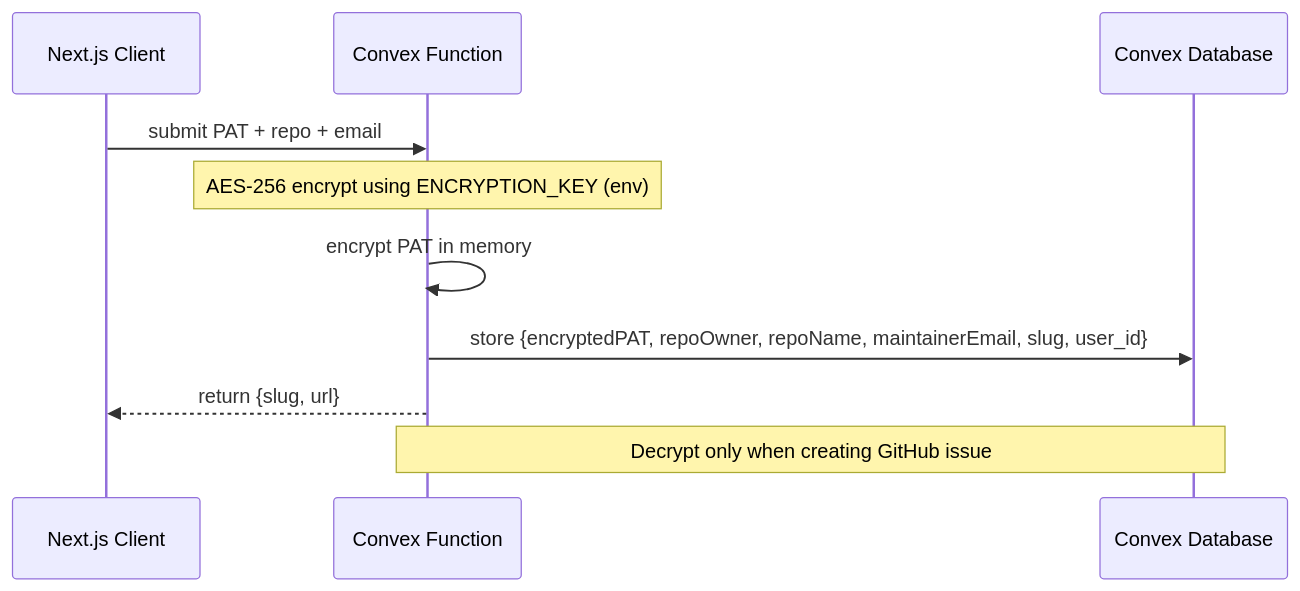
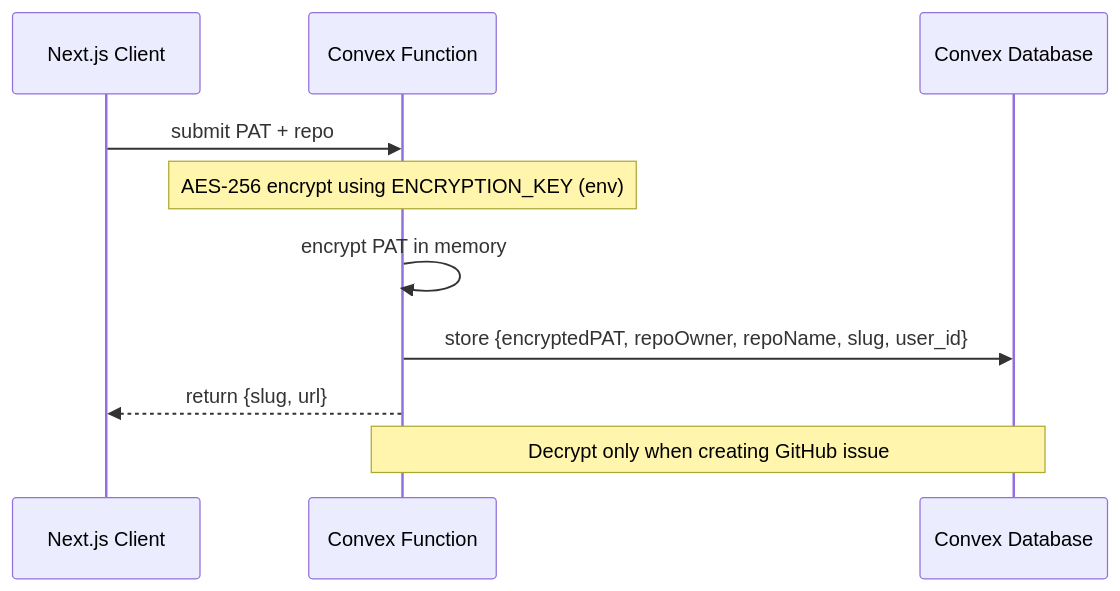
Before and after one commit to spenceriam/Koustos: the second of 2 diagrams in docs/design.md, drawn with Mermaid. The commit also changed other lines of this file and 22 other files, not shown here.

Commit message:
[koustos] Remove email features; switch to Google OAuth + password; drop Resend; update setup/report flows and docs

````diff
--- a/docs/design.md
+++ b/docs/design.md
@@ -111,14 +112,14 @@
 ```mermaid
 sequenceDiagram
     participant FE as Next.js Client
     participant CF as Convex Function
     participant DB as Convex Database
 
-    FE->>CF: submit PAT + repo + email
+    FE->>CF: submit PAT + repo
     Note over CF: AES-256 encrypt using ENCRYPTION_KEY (env)
     CF->>CF: encrypt PAT in memory
-    CF->>DB: store {encryptedPAT, repoOwner, repoName, maintainerEmail, slug, user_id}
+    CF->>DB: store {encryptedPAT, repoOwner, repoName, slug, user_id}
     CF-->>FE: return {slug, url}
 
     Note over CF,DB: Decrypt only when creating GitHub issue
 ```
````
